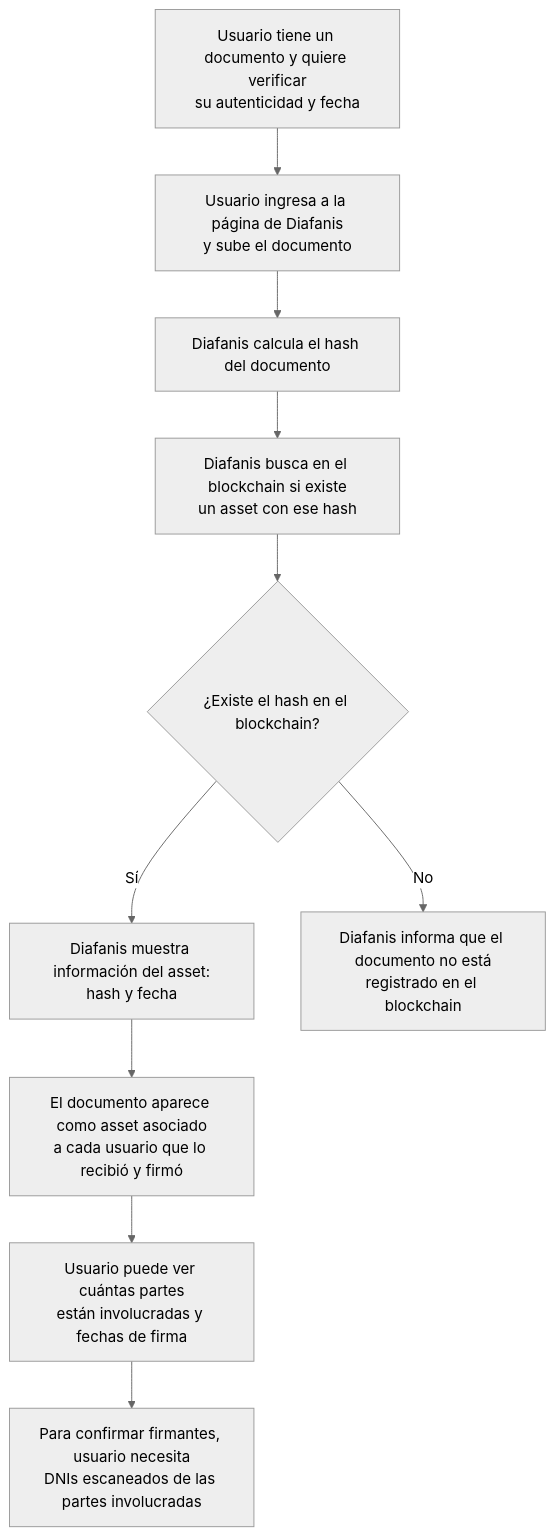
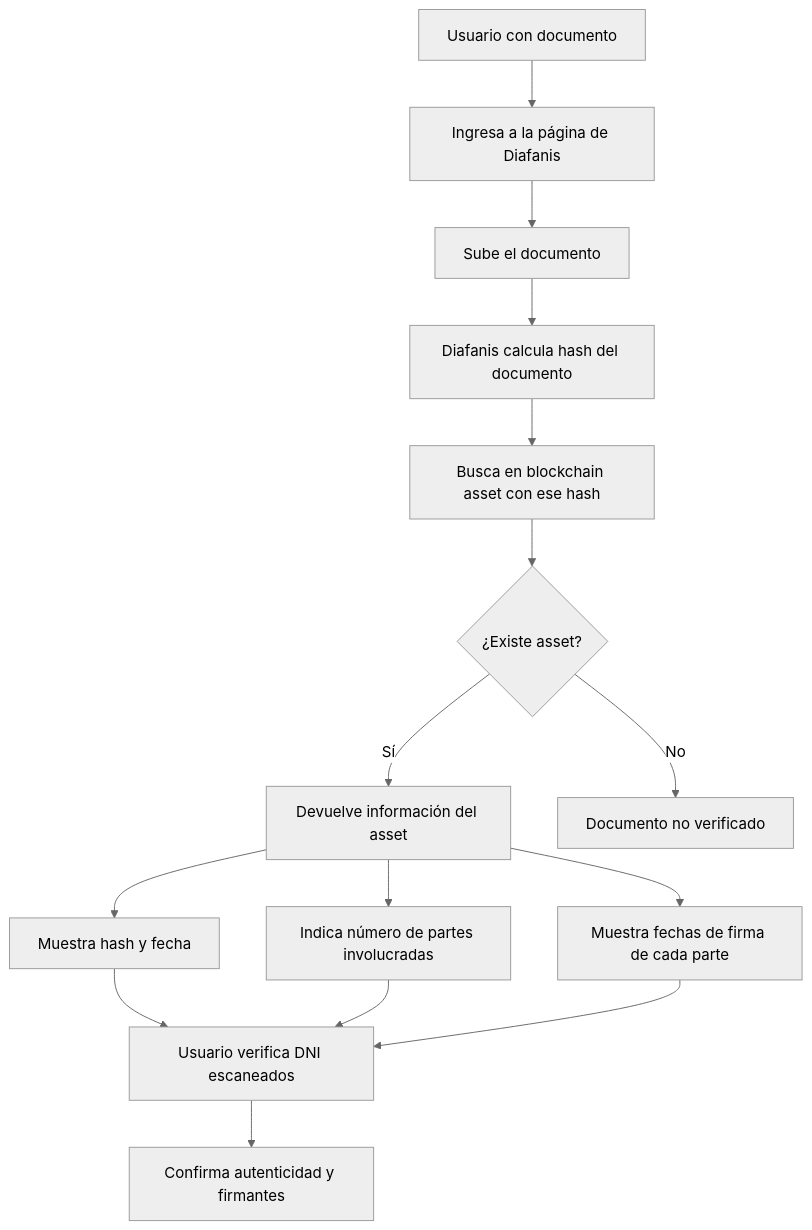
Before and after one commit to kzu/diafanis: the second of 2 diagrams in readme.md, drawn with Mermaid (neutral theme). The commit also changed other lines of this file, not shown here.

Commit message:
Agregar links a Algorand, flow de verificacion

````diff
--- a/readme.md
+++ b/readme.md
@@ -104,13 +105,17 @@
 ```mermaid
-flowchart TD
-    A[Usuario tiene un documento y quiere verificar<br>su autenticidad y fecha]
-    A --> B[Usuario ingresa a la página de Diafanis<br>y sube el documento]
-    B --> C[Diafanis calcula el hash del documento]
-    C --> D[Diafanis busca en el blockchain si existe<br>un asset con ese hash]
-    D --> E{¿Existe el hash en el blockchain?}
-    E -- Sí --> F[Diafanis muestra información del asset:<br>hash y fecha]
-    E -- No --> G[Diafanis informa que el documento no está<br>registrado en el blockchain]
-    F --> H[El documento aparece como asset asociado<br>a cada usuario que lo recibió y firmó]
-    H --> I[Usuario puede ver cuántas partes<br>están involucradas y fechas de firma]
-    I --> J[Para confirmar firmantes, usuario necesita<br>DNIs escaneados de las partes involucradas]
+graph TD
+    A[Usuario con documento] --> B[Ingresa a la página de Diafanis]
+    B --> C[Sube el documento]
+    C --> D[Diafanis calcula hash del documento]
+    D --> E[Busca en blockchain asset con ese hash]
+    E --> F{¿Existe asset?}
+    F -->|Sí| G[Devuelve información del asset]
+    G --> H[Muestra hash y fecha]
+    G --> I[Indica número de partes involucradas]
+    G --> J[Muestra fechas de firma de cada parte]
+    F -->|No| K[Documento no verificado]
+    H --> L[Usuario verifica DNI escaneados]
+    I --> L
+    J --> L
+    L --> M[Confirma autenticidad y firmantes]
 ```
````
